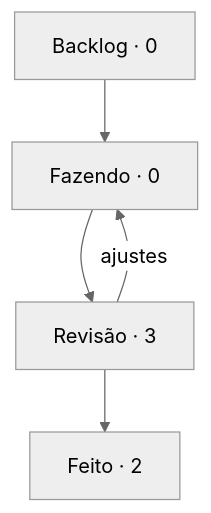
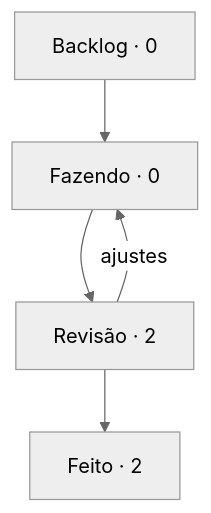
One commit to StudioVibi/VibiKanban changed the diagram in boards/harness/BOARD.md. Above: the diagram before and after it, drawn with Mermaid (neutral theme). The commit also changed other lines of this file and 2 other files, not shown here.

````diff
--- a/boards/harness/BOARD.md
+++ b/boards/harness/BOARD.md
@@ -5,10 +5,10 @@
 ```mermaid
 flowchart TD
   backlog["Backlog · 0"] --> doing["Fazendo · 0"]
-  doing --> review["Revisão · 3"]
+  doing --> review["Revisão · 2"]
   review --> done["Feito · 2"]
   review -->|ajustes| doing
   doing:::blue
   review:::yellow
   done:::green
 ```
````
